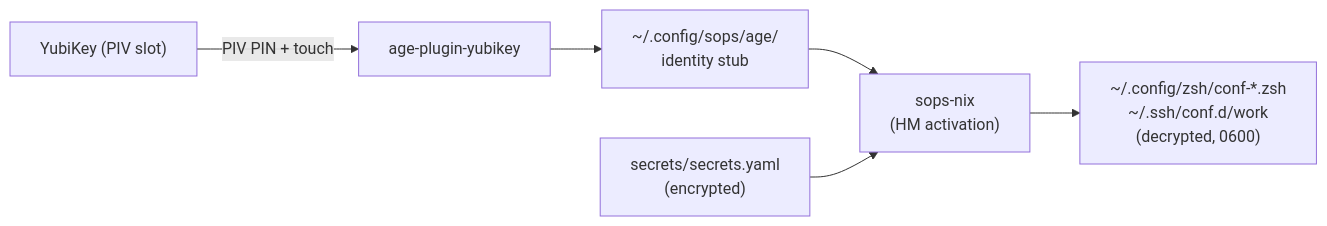
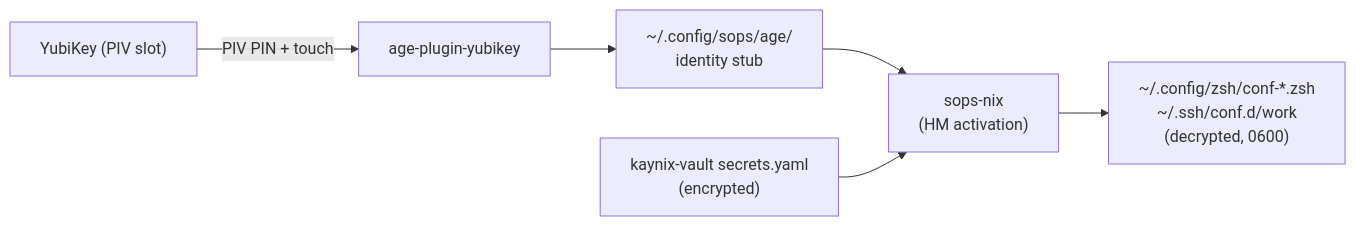
The second of 2 diagrams in README.md (kaynetik/kaynix), drawn with Mermaid before and after one commit. The commit also changed other lines of this file and 13 other files, not shown here.

First line of the commit message:
refactor!: move sops wiring and ciphertext to kaynix-vault

````diff
--- a/README.md
+++ b/README.md
@@ -110,15 +109,15 @@
 ```mermaid
 flowchart LR
     YK["YubiKey (PIV slot)"]
     PLUGIN["age-plugin-yubikey"]
     ID["~/.config/sops/age/<br/>identity stub"]
-    SOPSF["secrets/secrets.yaml<br/>(encrypted)"]
+    SOPSF["kaynix-vault secrets.yaml<br/>(encrypted)"]
     SOPSNIX["sops-nix<br/>(HM activation)"]
     PLAIN["~/.config/zsh/conf-*.zsh<br/>~/.ssh/conf.d/work<br/>(decrypted, 0600)"]
 
     YK -- "PIV PIN + touch" --> PLUGIN
     PLUGIN --> ID
     ID --> SOPSNIX
     SOPSF --> SOPSNIX
     SOPSNIX --> PLAIN
 ```
````
